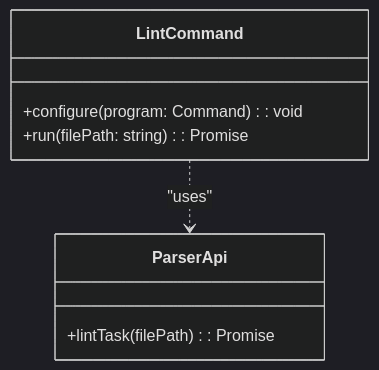
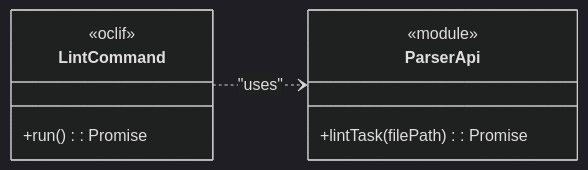
Before and after one commit to livelifelively/documentation-driven-development-tools: the second of 4 diagrams in docs/requirements/p1-p5.t20-cli-lint-command.task.md, drawn with Mermaid (dark theme). The commit also changed other lines of this file and 1 other file, not shown here.

````diff
--- a/docs/requirements/p1-p5.t20-cli-lint-command.task.md
+++ b/docs/requirements/p1-p5.t20-cli-lint-command.task.md
@@ -88,11 +93,13 @@
 ```mermaid
 classDiagram
+    direction LR
     class LintCommand {
-        +configure(program: Command): void
-        +run(filePath: string): Promise<void>
+        <<oclif>>
+        +run(): Promise<void>
     }
     class ParserApi {
+        <<module>>
         +lintTask(filePath): Promise<LintingError[]>
     }
     LintCommand ..> ParserApi : "uses"
 ```
````
